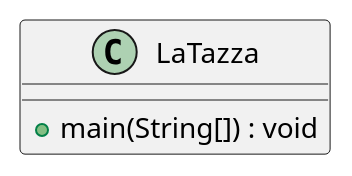
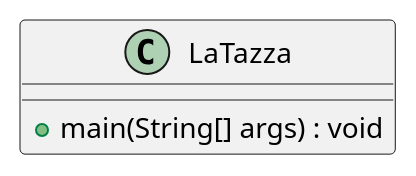
The second of 5 diagrams in design_document.md (eloparco/LaTazza), drawn with PlantUML before and after one commit. The commit also changed other lines of this file, not shown here.

Commit message:
Update methods in class diagram

````diff
--- a/design_document.md
+++ b/design_document.md
@@ -44,5 +44,5 @@
 ```plantuml
 class LaTazza {
-    + main(String[]) : void
+    + main(String[] args) : void
 }
 ```
````
